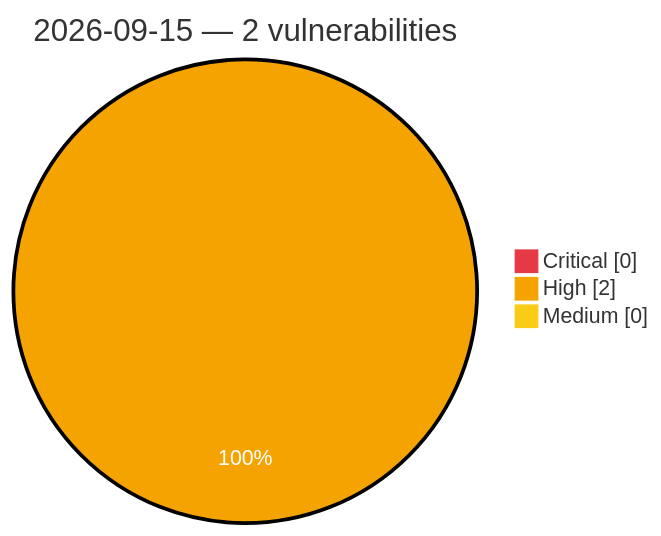
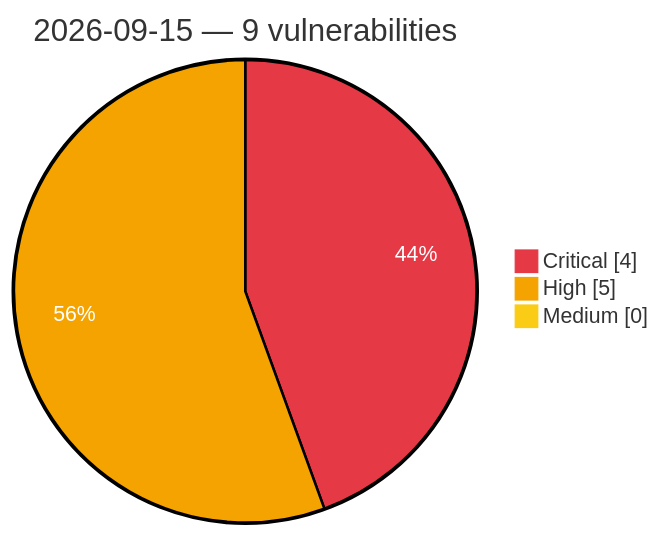
One commit to GhostX0X/vuln-tracker changed the diagram in vulnerabilities/2026/September/2026-09-15.md. Above: the diagram before and after it, drawn with Mermaid. The commit also changed other lines of this file and 5 other files, not shown here.

Commit message:
Auto update: critical/high vulns (2026-09-15 07:10 UTC)

````diff
--- a/vulnerabilities/2026/September/2026-09-15.md
+++ b/vulnerabilities/2026/September/2026-09-15.md
@@ -3,8 +3,8 @@
 ```mermaid
 %%{init: {'theme':'base', 'themeVariables': {'pie1':'#e63946', 'pie2':'#f4a300', 'pie3':'#facc15', 'pieOpacity':'1', 'pieOuterStrokeWidth':'2px', 'pieSectionTextColor':'#ffffff'}}}%%
 pie showData
-    title 2026-09-15 — 2 vulnerabilities
-    "Critical" : 0
-    "High" : 2
+    title 2026-09-15 — 9 vulnerabilities
+    "Critical" : 4
+    "High" : 5
     "Medium" : 0
 ```
````
